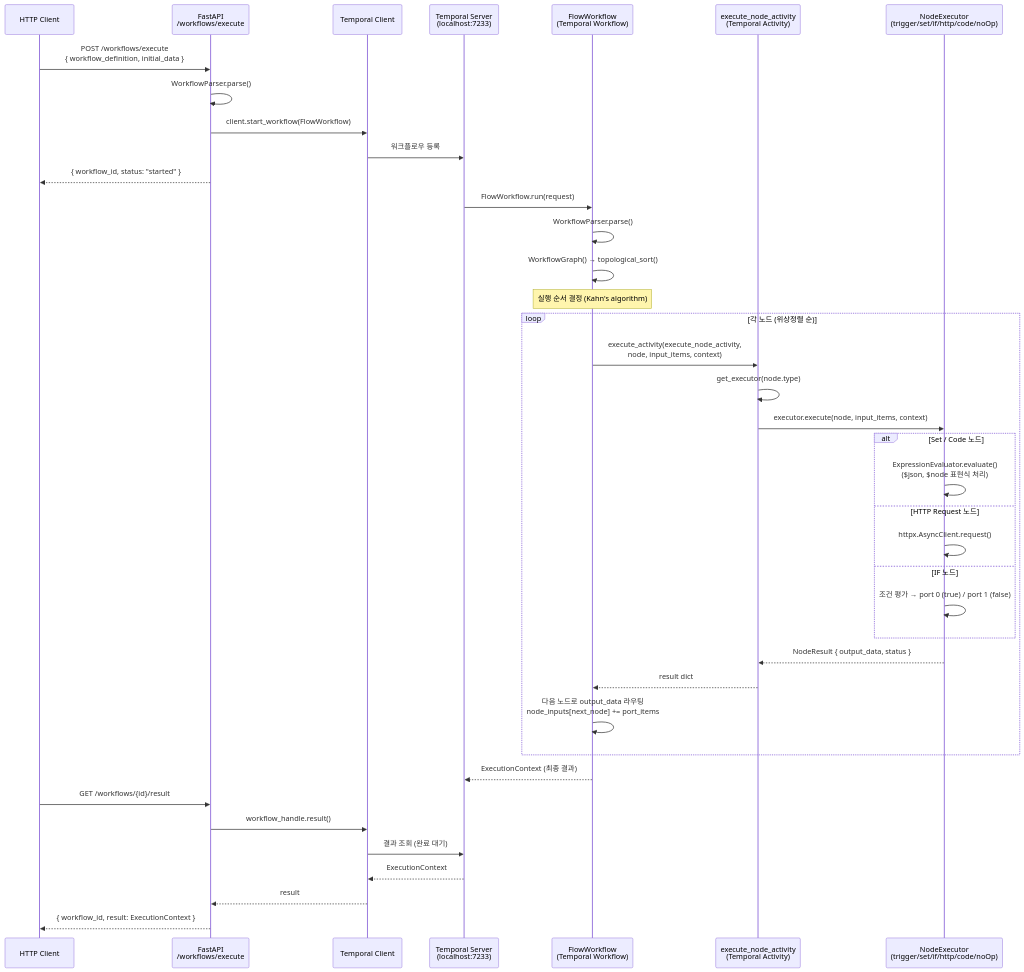
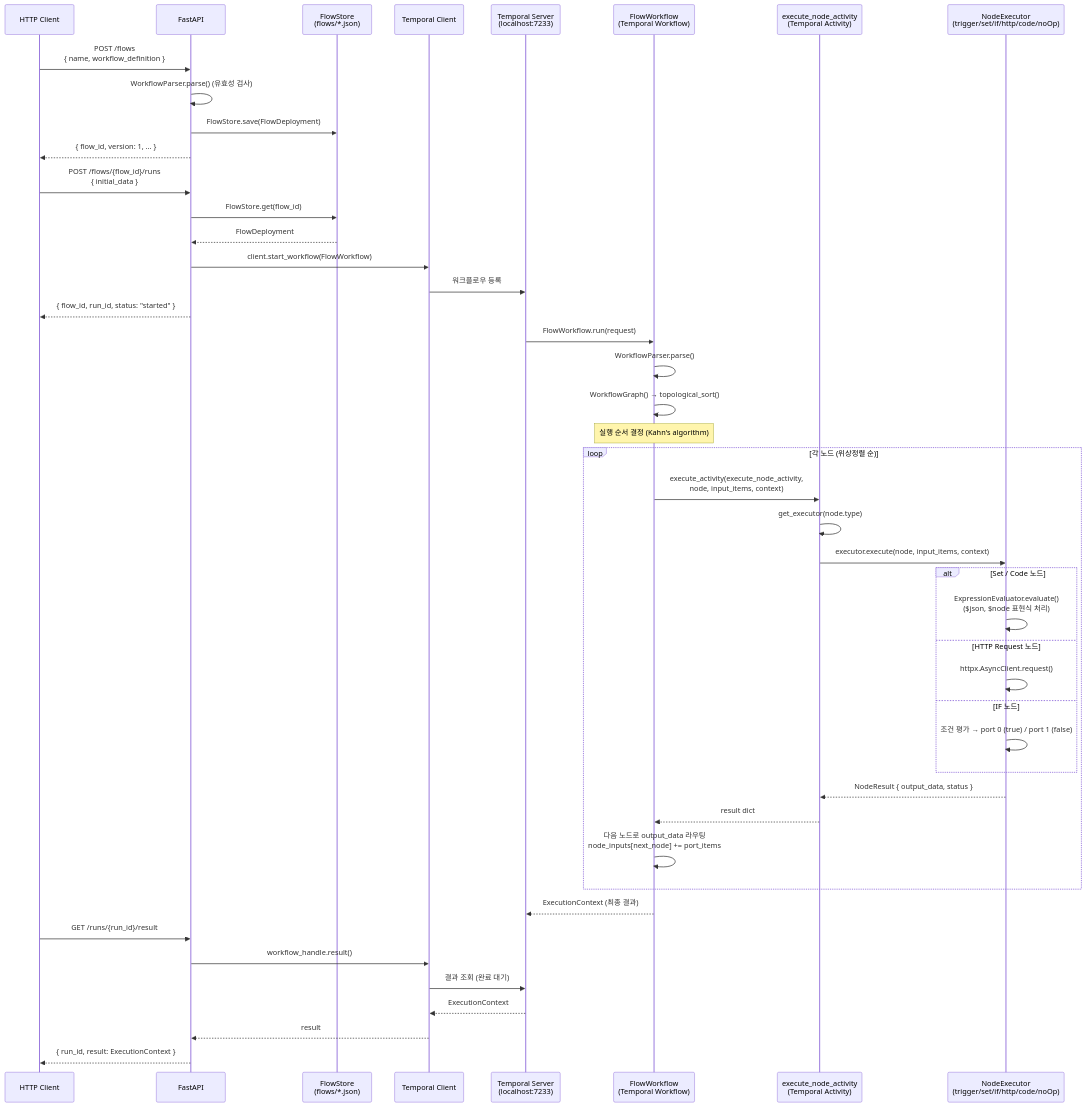
One commit to pgb0908/tempral-integration-data-plane changed the second of 2 diagrams in README.md. Above: the diagram before and after it, drawn with Mermaid. The commit also changed other lines of this file, not shown here.

Commit message:
Update README to reflect flow deployment and execution changes. Document new API structure, endpoints, and flow storage. Include architecture and sequence diagram updates.

````diff
--- a/README.md
+++ b/README.md
@@ -210,48 +260,55 @@
 ```mermaid
 sequenceDiagram
     participant Client as HTTP Client
-    participant API as FastAPI<br/>/workflows/execute
+    participant API as FastAPI
+    participant FS as FlowStore<br/>(flows/*.json)
     participant TC as Temporal Client
     participant TS as Temporal Server<br/>(localhost:7233)
     participant WF as FlowWorkflow<br/>(Temporal Workflow)
     participant ACT as execute_node_activity<br/>(Temporal Activity)
     participant EX as NodeExecutor<br/>(trigger/set/if/http/code/noOp)
 
-    Client->>API: POST /workflows/execute<br/>{ workflow_definition, initial_data }
-    API->>API: WorkflowParser.parse()
+    Client->>API: POST /flows<br/>{ name, workflow_definition }
+    API->>API: WorkflowParser.parse() (유효성 검사)
+    API->>FS: FlowStore.save(FlowDeployment)
+    API-->>Client: { flow_id, version: 1, ... }
+
+    Client->>API: POST /flows/{flow_id}/runs<br/>{ initial_data }
+    API->>FS: FlowStore.get(flow_id)
+    FS-->>API: FlowDeployment
     API->>TC: client.start_workflow(FlowWorkflow)
     TC->>TS: 워크플로우 등록
-    API-->>Client: { workflow_id, status: "started" }
+    API-->>Client: { flow_id, run_id, status: "started" }
 
     TS->>WF: FlowWorkflow.run(request)
     WF->>WF: WorkflowParser.parse()
     WF->>WF: WorkflowGraph() → topological_sort()
     Note over WF: 실행 순서 결정 (Kahn's algorithm)
 
     loop 각 노드 (위상정렬 순)
         WF->>ACT: execute_activity(execute_node_activity,<br/>node, input_items, context)
         ACT->>ACT: get_executor(node.type)
         ACT->>EX: executor.execute(node, input_items, context)
 
         alt Set / Code 노드
             EX->>EX: ExpressionEvaluator.evaluate()<br/>($json, $node 표현식 처리)
         else HTTP Request 노드
             EX->>EX: httpx.AsyncClient.request()
         else IF 노드
             EX->>EX: 조건 평가 → port 0 (true) / port 1 (false)
         end
 
         EX-->>ACT: NodeResult { output_data, status }
         ACT-->>WF: result dict
         WF->>WF: 다음 노드로 output_data 라우팅<br/>node_inputs[next_node] += port_items
     end
 
     WF-->>TS: ExecutionContext (최종 결과)
 
-    Client->>API: GET /workflows/{id}/result
+    Client->>API: GET /runs/{run_id}/result
     API->>TC: workflow_handle.result()
     TC->>TS: 결과 조회 (완료 대기)
     TS-->>TC: ExecutionContext
     TC-->>API: result
-    API-->>Client: { workflow_id, result: ExecutionContext }
+    API-->>Client: { run_id, result: ExecutionContext }
 ```
````
